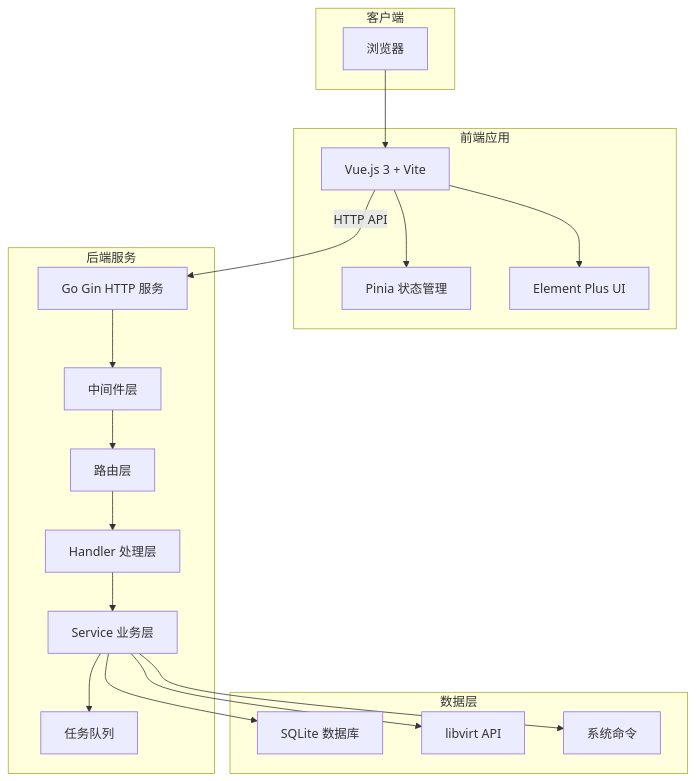
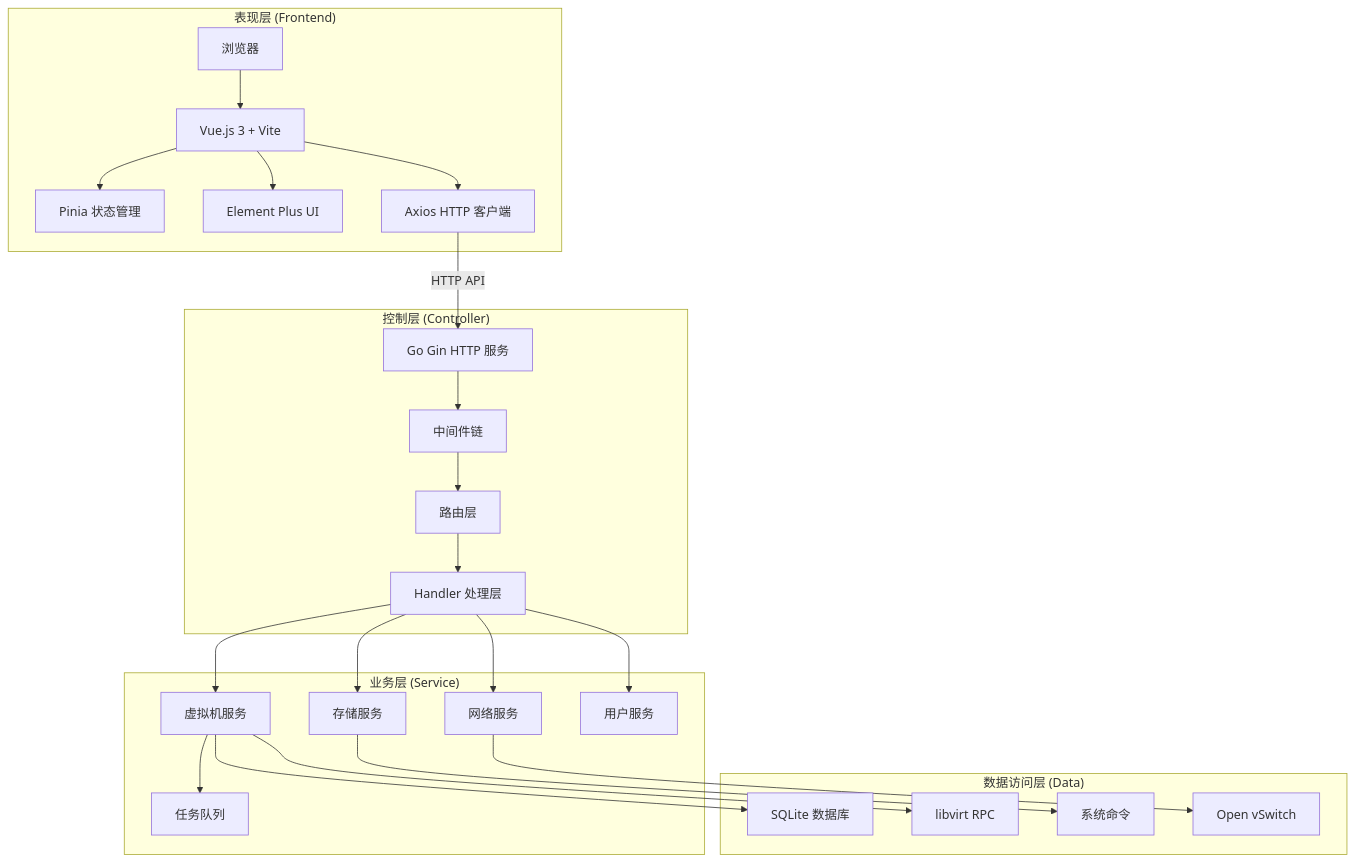
One commit to QVMConsole/docs changed the first of 18 diagrams in docs/feature-analysis/qvmconsole-architecture.mdx. Above: the diagram before and after it, drawn with Mermaid. The commit also changed other lines of this file, not shown here.

````diff
--- a/docs/feature-analysis/qvmconsole-architecture.mdx
+++ b/docs/feature-analysis/qvmconsole-architecture.mdx
@@ -15,40 +15,50 @@
 ```mermaid
 graph TB
-    subgraph 客户端
+    subgraph 表现层["表现层 (Frontend)"]
         Browser[浏览器]
-    end
-
-    subgraph 前端应用
         Vue[Vue.js 3 + Vite]
         Pinia[Pinia 状态管理]
         ElementPlus[Element Plus UI]
+        Axios[Axios HTTP 客户端]
     end
 
-    subgraph 后端服务
+    subgraph 控制层["控制层 (Controller)"]
         Gin[Go Gin HTTP 服务]
-        Middleware[中间件层]
+        Middleware[中间件链]
         Router[路由层]
         Handler[Handler 处理层]
-        Service[Service 业务层]
+    end
+
+    subgraph 业务层["业务层 (Service)"]
+        VMService[虚拟机服务]
+        NetworkService[网络服务]
+        StorageService[存储服务]
+        UserService[用户服务]
         TaskQueue[任务队列]
     end
 
-    subgraph 数据层
+    subgraph 数据层["数据访问层 (Data)"]
         SQLite[SQLite 数据库]
-        Libvirt[libvirt API]
+        Libvirt[libvirt RPC]
         System[系统命令]
+        OVS[Open vSwitch]
     end
 
     Browser --> Vue
     Vue --> Pinia
     Vue --> ElementPlus
-    Vue -->|HTTP API| Gin
+    Vue --> Axios
+    Axios -->|HTTP API| Gin
     Gin --> Middleware
     Middleware --> Router
     Router --> Handler
-    Handler --> Service
-    Service --> TaskQueue
-    Service --> SQLite
-    Service --> Libvirt
-    Service --> System
+    Handler --> VMService
+    Handler --> NetworkService
+    Handler --> StorageService
+    Handler --> UserService
+    VMService --> TaskQueue
+    VMService --> SQLite
+    VMService --> Libvirt
+    NetworkService --> OVS
+    StorageService --> System
 ```
````
